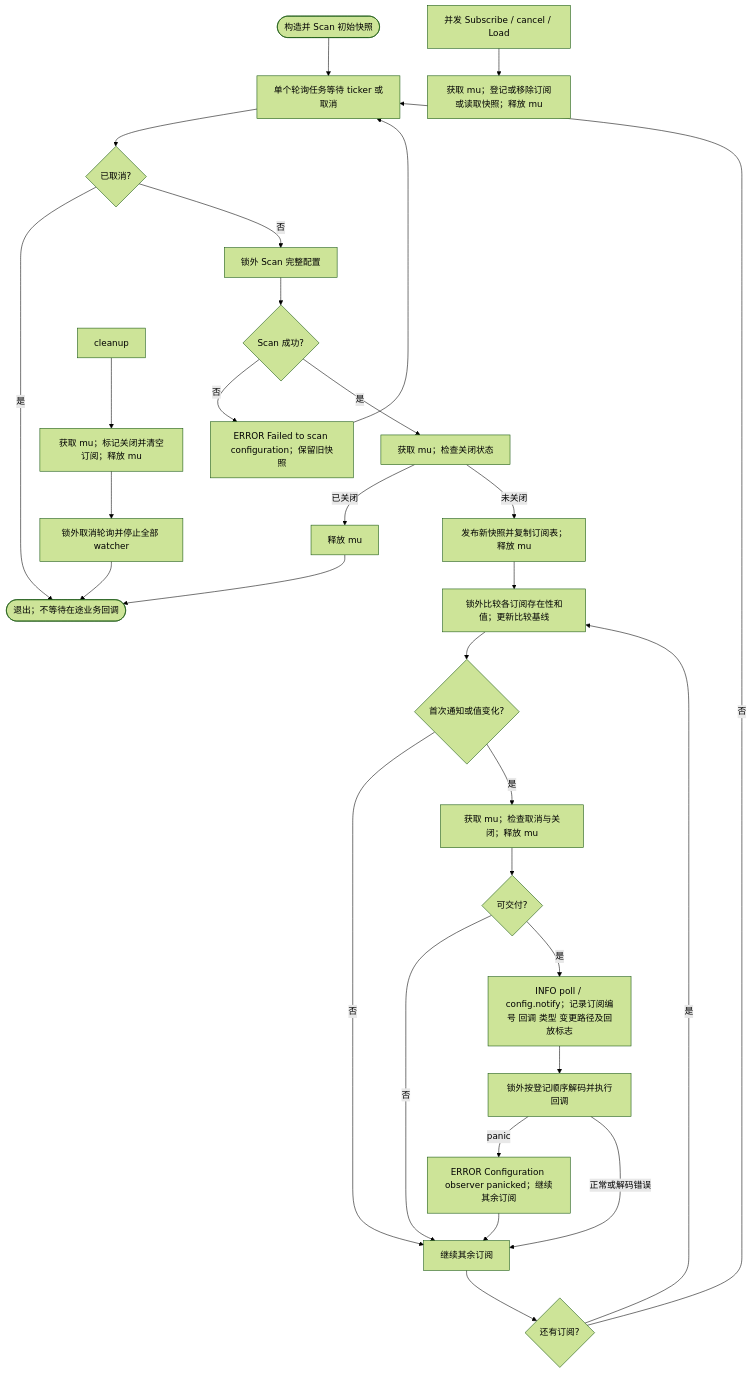
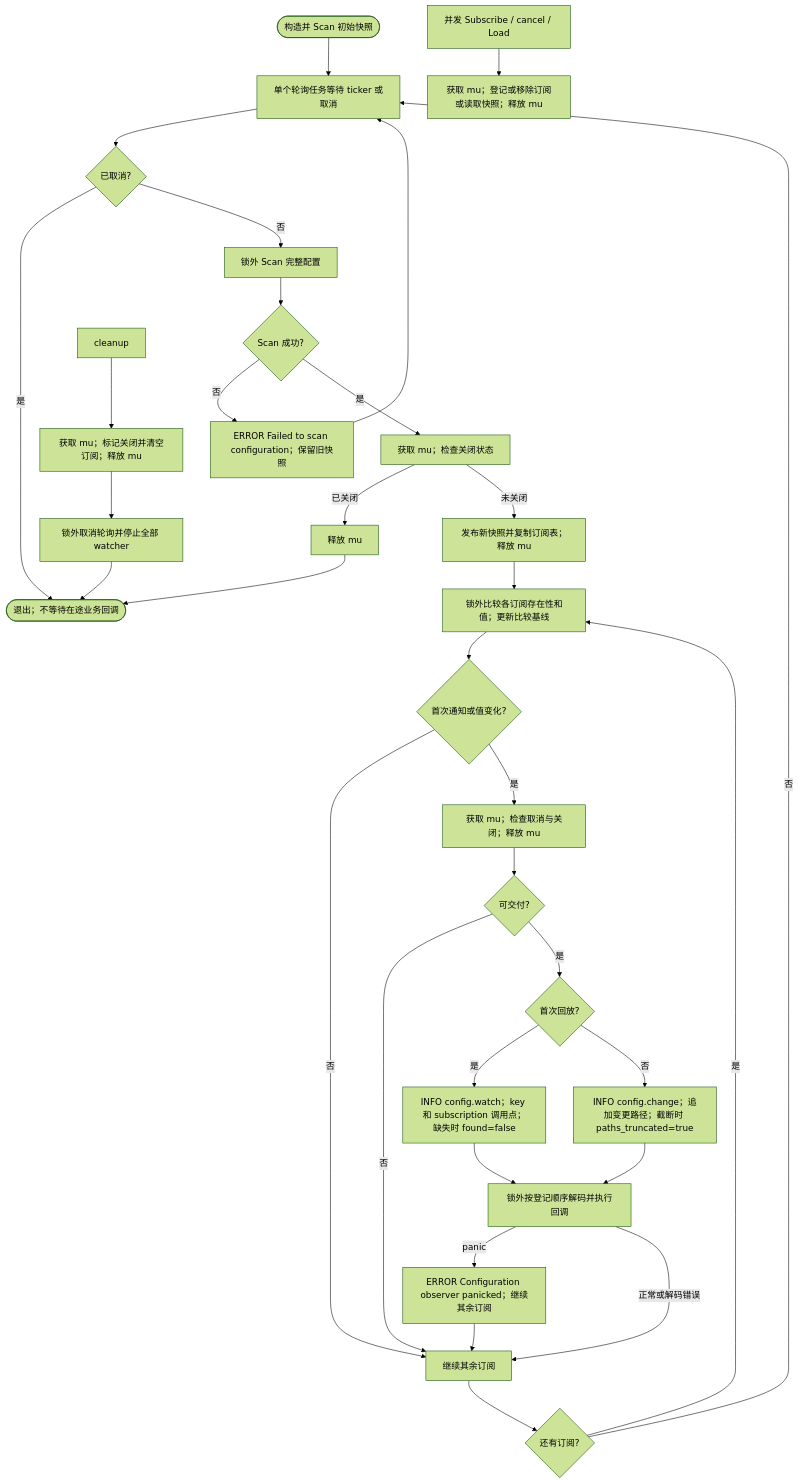
The second of 3 diagrams in pkg/config/README.md (jaggerzhuang1994/kratos-foundation), drawn with Mermaid (forest theme) before and after one commit. The commit also changed other lines of this file and 3 other files, not shown here.

````diff
--- a/pkg/config/README.md
+++ b/pkg/config/README.md
@@ -143,32 +149,35 @@
 ```mermaid
 flowchart TD
  A([构造并 Scan 初始快照]) --> B[单个轮询任务等待 ticker 或取消]
  B --> C{已取消?}
  C -- 是 --> Z([退出；不等待在途业务回调])
  C -- 否 --> D[锁外 Scan 完整配置]
  D --> E{Scan 成功?}
  E -- 否 --> F[ERROR Failed to scan configuration；保留旧快照]
  F --> B
  E -- 是 --> G[获取 mu；检查关闭状态]
  G -- 已关闭 --> G1[释放 mu]
  G1 --> Z
  G -- 未关闭 --> H[发布新快照并复制订阅表；释放 mu]
  H --> I[锁外比较各订阅存在性和值；更新比较基线]
  I --> J{首次通知或值变化?}
  J -- 否 --> O
  J -- 是 --> K[获取 mu；检查取消与关闭；释放 mu]
  K --> L{可交付?}
  L -- 否 --> O
- L -- 是 --> L1[INFO poll / config.notify；记录订阅编号 回调 类型 变更路径及回放标志]
- L1 --> M[锁外按登记顺序解码并执行回调]
+ L -- 是 --> L1{首次回放?}
+ L1 -- 是 --> L2[INFO config.watch；key 和 subscription 调用点；缺失时 found=false]
+ L1 -- 否 --> L3[INFO config.change；追加变更路径；截断时 paths_truncated=true]
+ L2 --> M
+ L3 --> M[锁外按登记顺序解码并执行回调]
  M -- panic --> N[ERROR Configuration observer panicked；继续其余订阅]
  M -- 正常或解码错误 --> O[继续其余订阅]
  N --> O
  O --> U{还有订阅?}
  U -- 是 --> I
  U -- 否 --> B
  P[并发 Subscribe / cancel / Load] --> Q[获取 mu；登记或移除订阅或读取快照；释放 mu]
  R[cleanup] --> S[获取 mu；标记关闭并清空订阅；释放 mu]
  S --> T[锁外取消轮询并停止全部 watcher]
  T --> Z
 ```
````
